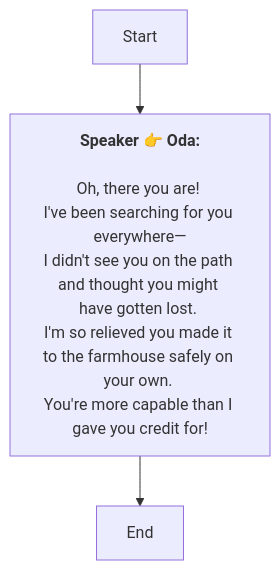
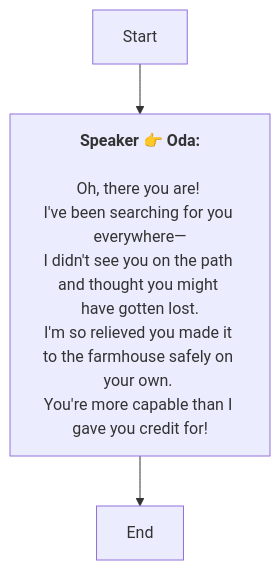
The diagram in Zh/QuestTalkObjectiveNode_1769056606590075.md (SoftHu/tos_avg), drawn with Mermaid before and after one commit. The commit also changed 410 other files, not shown here.

````diff
--- a/Zh/QuestTalkObjectiveNode_1769056606590075.md
+++ b/Zh/QuestTalkObjectiveNode_1769056606590075.md
@@ -1,9 +1,9 @@
 ```mermaid
 graph
 Start -->1769057303517310[<b>Speaker 👉 Oda:</b>
 \nOh, there you are! 
-I've been searching for you everywhere—\nI didn't see you on the path and thought you might have gotten lost. \nI'm so relieved you made it to the farmhouse safely on your own. 
+I've been searching for you everywhere—\nI didn't see you on the path and thought you might have gotten lost.\nI'm so relieved you made it to the farmhouse safely on your own. 
 You're more capable than I gave you credit for!]
 1769057303517310 -->1769057717001343[End]
 
 ```
````
